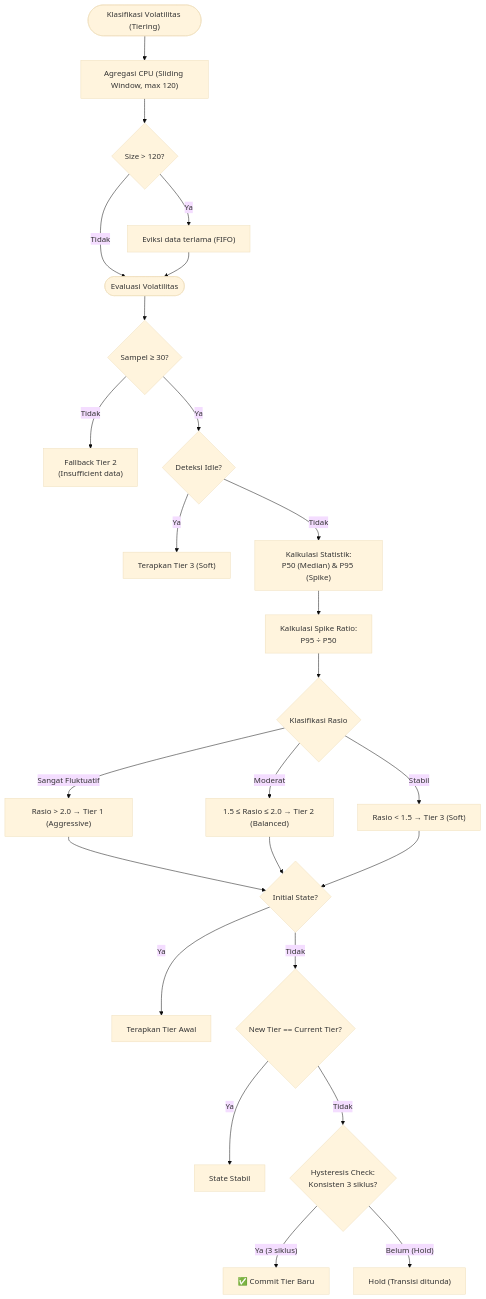
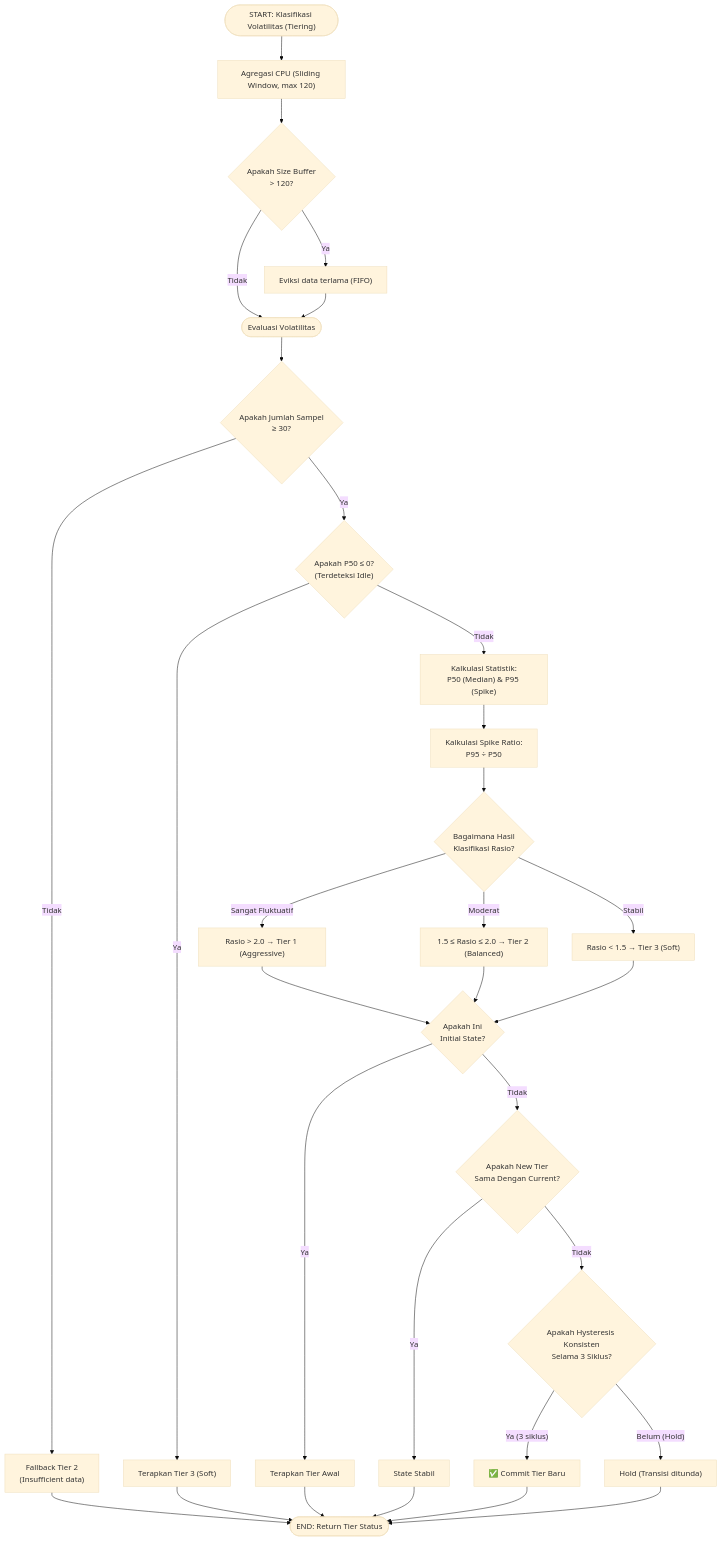
Before and after one commit to fauzanreza/green-container-framework: the second of 2 diagrams in architecture-diagrams/layer-3-control/02_tier_detector.md, drawn with Mermaid (base theme). The commit also changed 17 other files, not shown here.

Commit message:
edit fitur, menyesuaikan Architecture Diagram

````diff
--- a/architecture-diagrams/layer-3-control/02_tier_detector.md
+++ b/architecture-diagrams/layer-3-control/02_tier_detector.md
@@ -105,63 +105,72 @@
 ```mermaid
 flowchart TD
-    START(["Klasifikasi Volatilitas (Tiering)"])
+    START(["START: Klasifikasi Volatilitas (Tiering)"])
 
     SIMPAN["Agregasi CPU (Sliding Window, max 120)"]
-    TERLALU_BANYAK{"Size > 120?"}
+    TERLALU_BANYAK{"Apakah Size Buffer<br/>> 120?"}
     HAPUS_LAMA["Eviksi data terlama (FIFO)"]
 
     TENTUKAN(["Evaluasi Volatilitas"])
 
-    CUKUP_DATA{"Sampel ≥ 30?"}
+    CUKUP_DATA{"Apakah Jumlah Sampel<br/>≥ 30?"}
     BELUM_CUKUP["Fallback Tier 2<br/>(Insufficient data)"]
 
-    IDLE{"Deteksi Idle?"}
+    IDLE{"Apakah P50 ≤ 0?<br/>(Terdeteksi Idle)"}
     MODE_SANTAI["Terapkan Tier 3 (Soft)"]
 
     BANDINGKAN["Kalkulasi Statistik:<br/>P50 (Median) & P95 (Spike)"]
     RASIO["Kalkulasi Spike Ratio:<br/>P95 ÷ P50"]
 
-    KATEGORI{"Klasifikasi Rasio"}
+    KATEGORI{"Bagaimana Hasil<br/>Klasifikasi Rasio?"}
     MELONJAK["Rasio > 2.0 → Tier 1 (Aggressive)"]
     SEDANG["1.5 ≤ Rasio ≤ 2.0 → Tier 2 (Balanced)"]
     STABIL["Rasio < 1.5 → Tier 3 (Soft)"]
 
-    PERTAMA{"Initial State?"}
+    PERTAMA{"Apakah Ini<br/>Initial State?"}
     LANGSUNG["Terapkan Tier Awal"]
 
-    SAMA{"New Tier == Current Tier?"}
+    SAMA{"Apakah New Tier<br/>Sama Dengan Current?"}
     TETAP["State Stabil"]
 
-    KONSISTEN{"Hysteresis Check:<br/>Konsisten 3 siklus?"}
+    KONSISTEN{"Apakah Hysteresis Konsisten<br/>Selama 3 Siklus?"}
     UBAH["✅ Commit Tier Baru"]
     TAHAN["Hold (Transisi ditunda)"]
+
+    SELESAI(["END: Return Tier Status"])
 
     START --> SIMPAN
     SIMPAN --> TERLALU_BANYAK
     TERLALU_BANYAK -->|Ya| HAPUS_LAMA
     TERLALU_BANYAK -->|Tidak| TENTUKAN
     HAPUS_LAMA --> TENTUKAN
 
     TENTUKAN --> CUKUP_DATA
     CUKUP_DATA -->|Tidak| BELUM_CUKUP
     CUKUP_DATA -->|Ya| IDLE
     IDLE -->|Ya| MODE_SANTAI
     IDLE -->|Tidak| BANDINGKAN
     BANDINGKAN --> RASIO
     RASIO --> KATEGORI
 
     KATEGORI -->|Sangat Fluktuatif| MELONJAK
     KATEGORI -->|Moderat| SEDANG
     KATEGORI -->|Stabil| STABIL
 
     MELONJAK --> PERTAMA
     SEDANG --> PERTAMA
     STABIL --> PERTAMA
 
     PERTAMA -->|Ya| LANGSUNG
     PERTAMA -->|Tidak| SAMA
     SAMA -->|Ya| TETAP
     SAMA -->|Tidak| KONSISTEN
     KONSISTEN -->|"Ya (3 siklus)"| UBAH
     KONSISTEN -->|"Belum (Hold)"| TAHAN
+
+    BELUM_CUKUP --> SELESAI
+    MODE_SANTAI --> SELESAI
+    LANGSUNG --> SELESAI
+    TETAP --> SELESAI
+    UBAH --> SELESAI
+    TAHAN --> SELESAI
 ```
````
